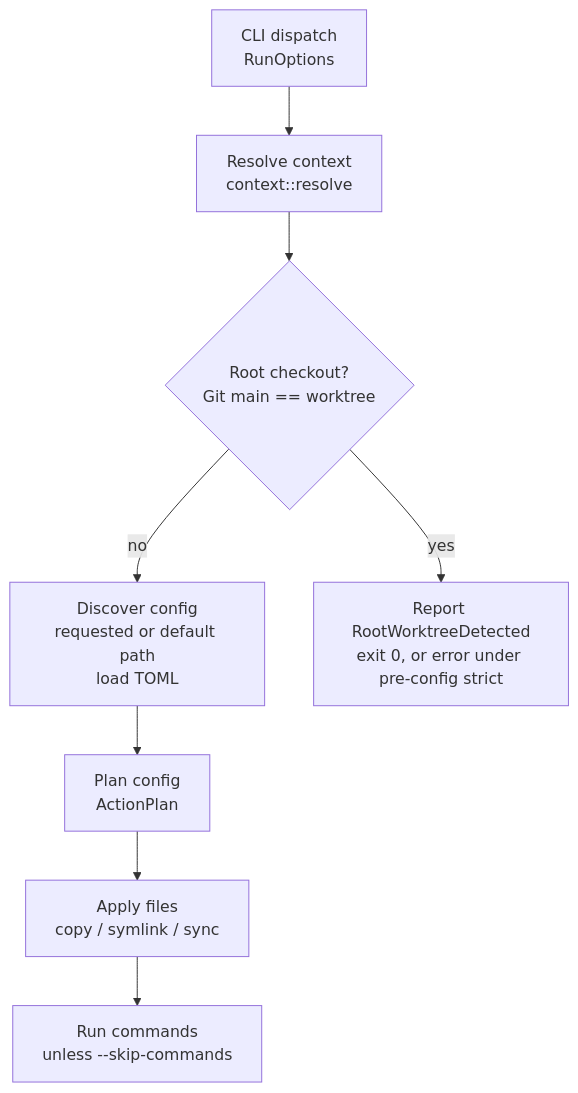
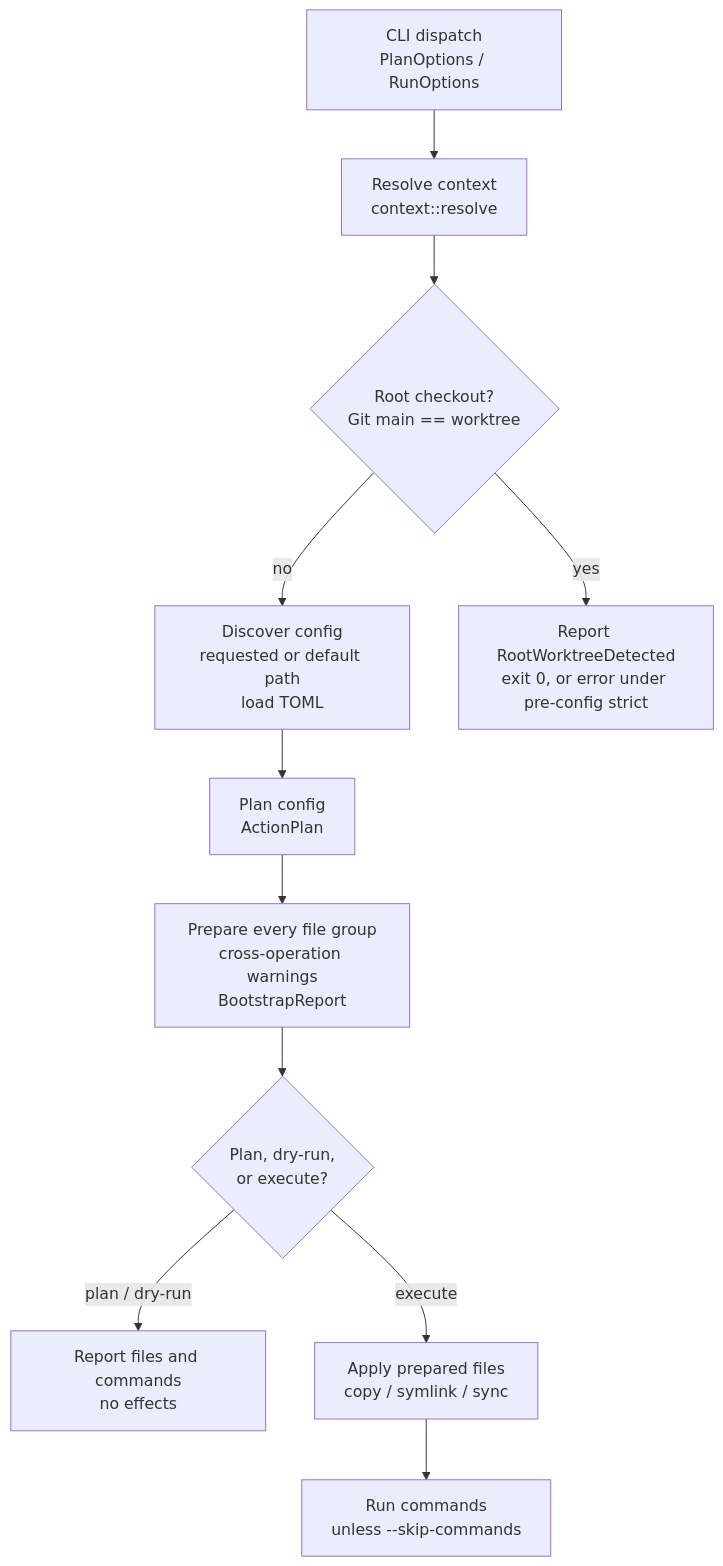
Before and after one commit to jimeh/treeboot: the fourth of 7 diagrams in docs/ARCHITECTURE.md, drawn with Mermaid. The commit also changed other lines of this file and 31 other files, not shown here.

````diff
--- a/docs/ARCHITECTURE.md
+++ b/docs/ARCHITECTURE.md
@@ -228,10 +232,13 @@
 ```mermaid
 flowchart TD
-  CLI["CLI dispatch<br/>RunOptions"] --> CTX["Resolve context<br/>context::resolve"]
+  CLI["CLI dispatch<br/>PlanOptions / RunOptions"] --> CTX["Resolve context<br/>context::resolve"]
   CTX --> ROOT{"Root checkout?<br/>Git main == worktree"}
   ROOT -->|no| CONFIG["Discover config<br/>requested or default path<br/>load TOML"]
   ROOT -->|yes| DONE["Report RootWorktreeDetected<br/>exit 0, or error under pre-config strict"]
   CONFIG --> PLAN["Plan config<br/>ActionPlan"]
-  PLAN --> FILES["Apply files<br/>copy / symlink / sync"]
+  PLAN --> PREPARE["Prepare every file group<br/>cross-operation warnings<br/>BootstrapReport"]
+  PREPARE --> MODE{"Plan, dry-run,<br/>or execute?"}
+  MODE -->|plan / dry-run| PREVIEW["Report files and commands<br/>no effects"]
+  MODE -->|execute| FILES["Apply prepared files<br/>copy / symlink / sync"]
   FILES --> CMDS["Run commands<br/>unless --skip-commands"]
 ```
````
